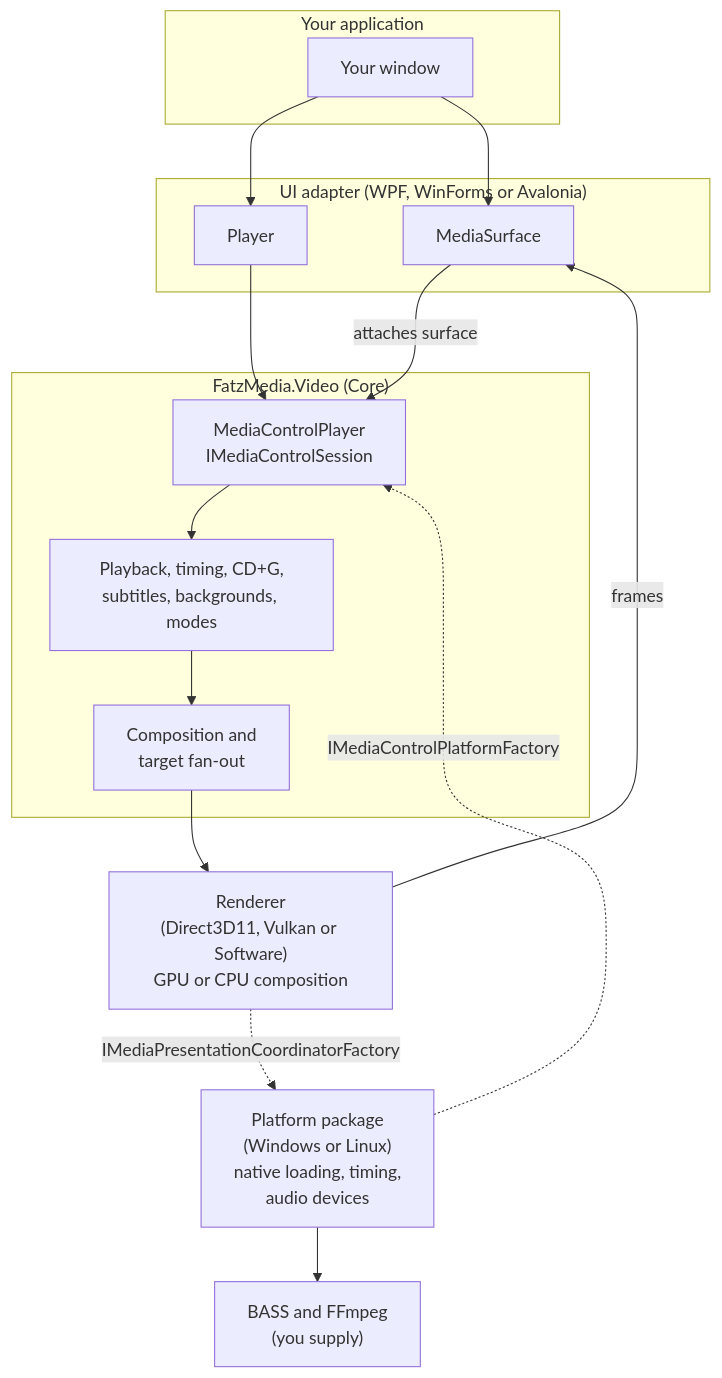
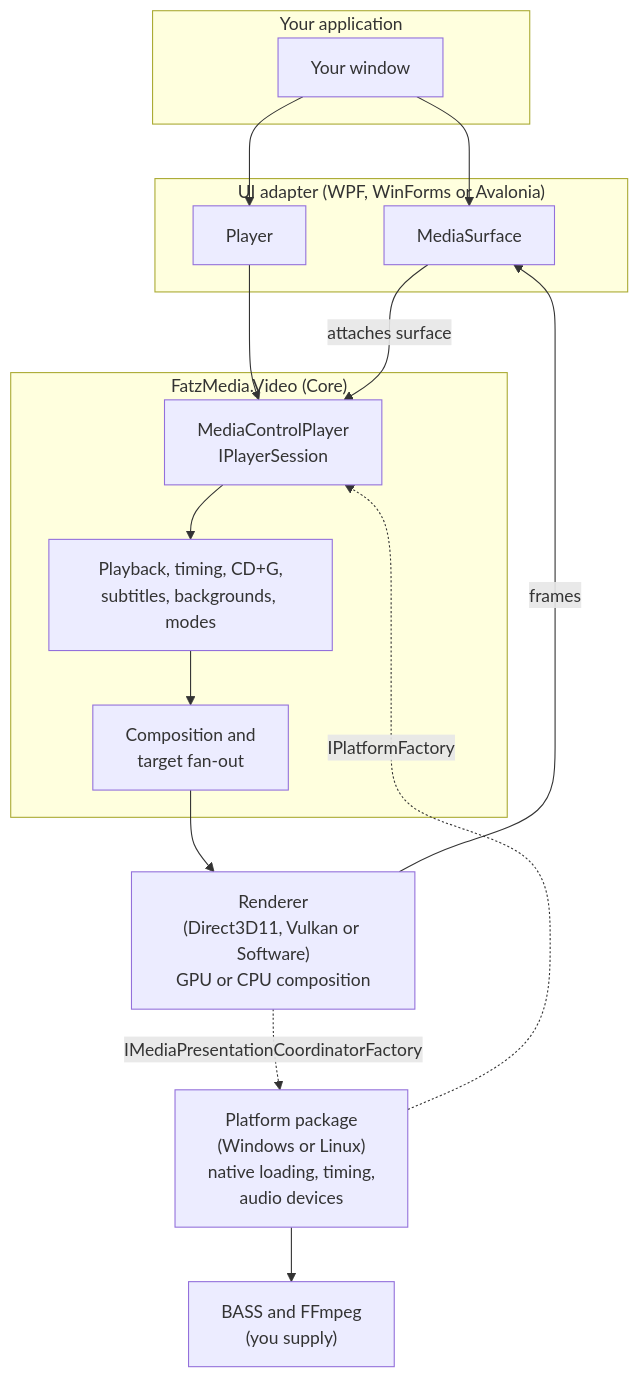
Before and after one commit to FatzBomb/FatzMedia: the diagram in Video/docs/site/articles/concepts/architecture.md, drawn with Mermaid. The commit also changed other lines of this file and 200 other files, not shown here.

First line of the commit message:
Rename the public types that carried MediaControl or FatzAudio

````diff
--- a/Video/docs/site/articles/concepts/architecture.md
+++ b/Video/docs/site/articles/concepts/architecture.md
@@ -5,32 +5,32 @@
 ```mermaid
 flowchart TB
     subgraph Host["Your application"]
         UI["Your window"]
     end
 
     subgraph Adapter["UI adapter (WPF, WinForms or Avalonia)"]
         Surface["MediaSurface"]
         AdapterPlayer["Player"]
     end
 
     subgraph Core["FatzMedia.Video (Core)"]
-        Player["MediaControlPlayer<br/>IMediaControlSession"]
+        Player["MediaControlPlayer<br/>IPlayerSession"]
         Engine["Playback, timing, CD+G,<br/>subtitles, backgrounds, modes"]
         Compose["Composition and<br/>target fan-out"]
     end
 
     Platform["Platform package<br/>(Windows or Linux)<br/>native loading, timing,<br/>audio devices"]
     Renderer["Renderer<br/>(Direct3D11, Vulkan or Software)<br/>GPU or CPU composition"]
     Native["BASS and FFmpeg<br/>(you supply)"]
 
     UI --> Surface
     UI --> AdapterPlayer
     AdapterPlayer --> Player
     Surface -- "attaches surface" --> Player
     Player --> Engine --> Compose
-    Platform -. "IMediaControlPlatformFactory" .-> Player
+    Platform -. "IPlatformFactory" .-> Player
     Renderer -. "IMediaPresentationCoordinatorFactory" .-> Platform
     Platform --> Native
     Compose --> Renderer
     Renderer -- "frames" --> Surface
 ```
````
